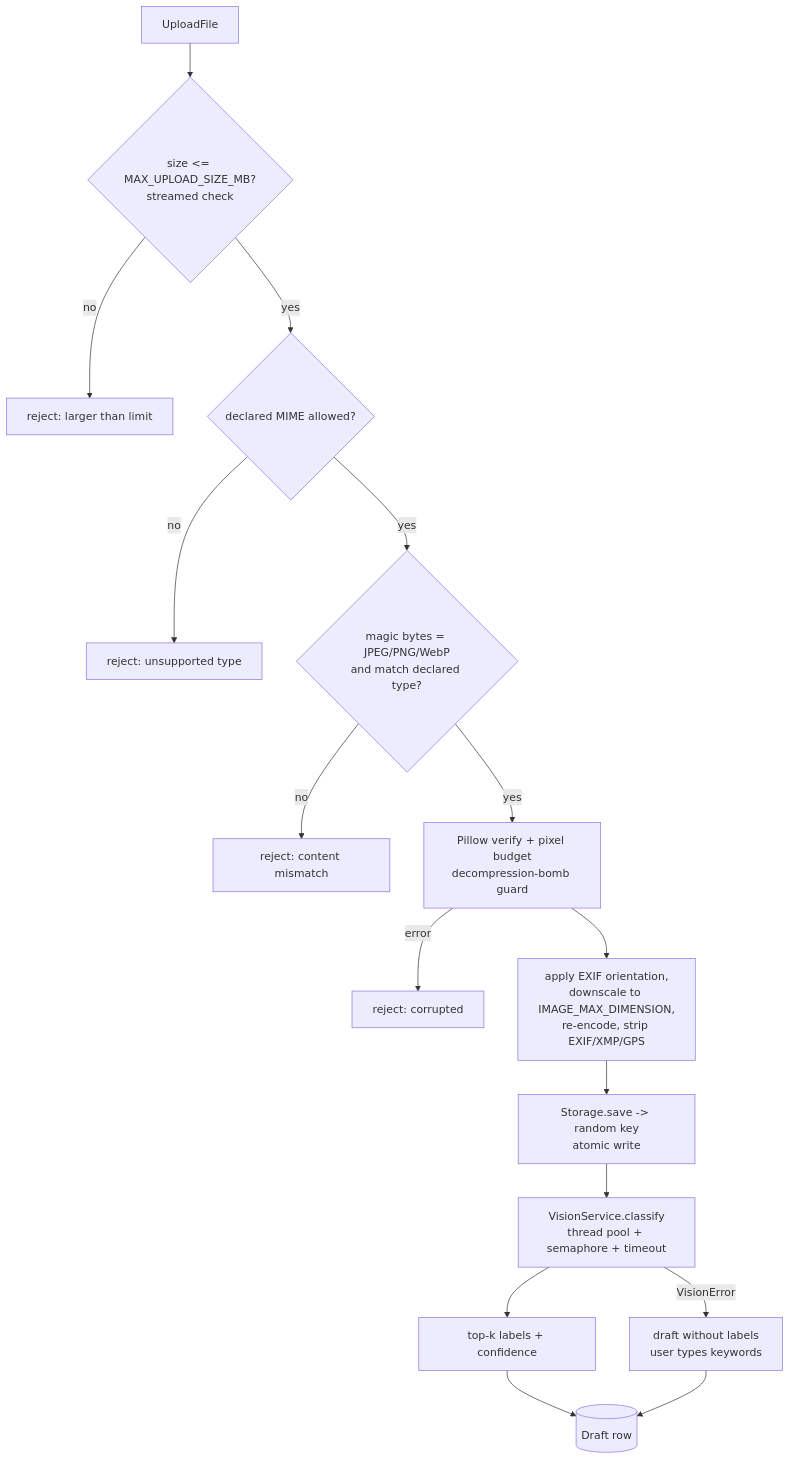
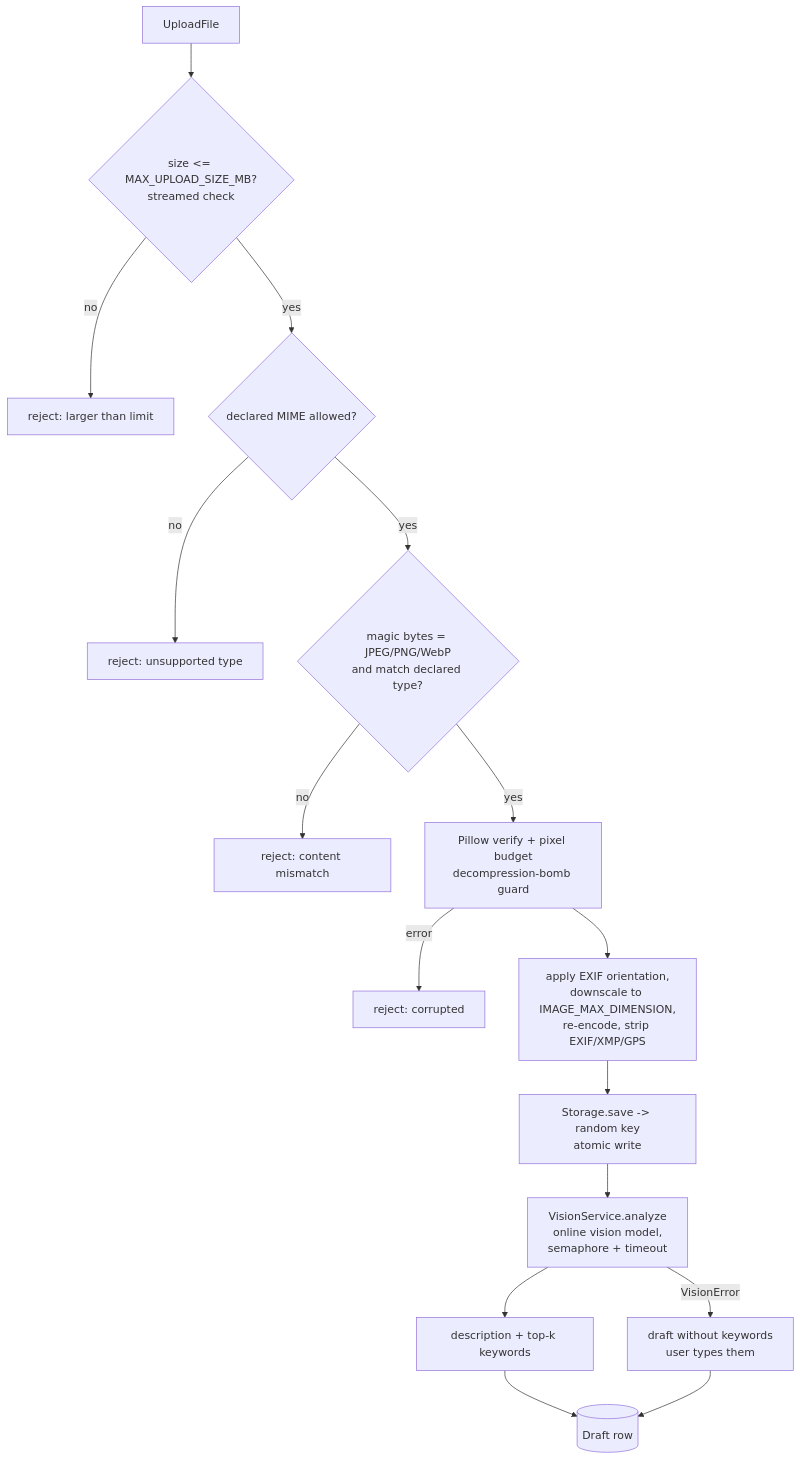
Before and after one commit to Aminul1993/Social-Booster: the sixth of 10 diagrams in docs/ARCHITECTURE.md, drawn with Mermaid. The commit also changed other lines of this file and 44 other files, not shown here.

````diff
--- a/docs/ARCHITECTURE.md
+++ b/docs/ARCHITECTURE.md
@@ -182,18 +180,18 @@
 ```mermaid
 flowchart TB
     up[UploadFile] --> lim{size <= MAX_UPLOAD_SIZE_MB?<br/>streamed check}
     lim -- no --> rej[reject: larger than limit]
     lim -- yes --> mime{declared MIME allowed?}
     mime -- no --> rej2[reject: unsupported type]
     mime -- yes --> magic{magic bytes = JPEG/PNG/WebP<br/>and match declared type?}
     magic -- no --> rej3[reject: content mismatch]
     magic -- yes --> pil[Pillow verify + pixel budget<br/>decompression-bomb guard]
     pil -- error --> rej4[reject: corrupted]
     pil --> clean[apply EXIF orientation,<br/>downscale to IMAGE_MAX_DIMENSION,<br/>re-encode, strip EXIF/XMP/GPS]
     clean --> store[Storage.save -> random key<br/>atomic write]
-    store --> tag[VisionService.classify<br/>thread pool + semaphore + timeout]
-    tag -- VisionError --> degrade[draft without labels<br/>user types keywords]
-    tag --> labels[top-k labels + confidence]
+    store --> tag[VisionService.analyze<br/>online vision model,<br/>semaphore + timeout]
+    tag -- VisionError --> degrade[draft without keywords<br/>user types them]
+    tag --> labels[description + top-k keywords]
     labels --> draft[(Draft row)]
     degrade --> draft
 ```
````
